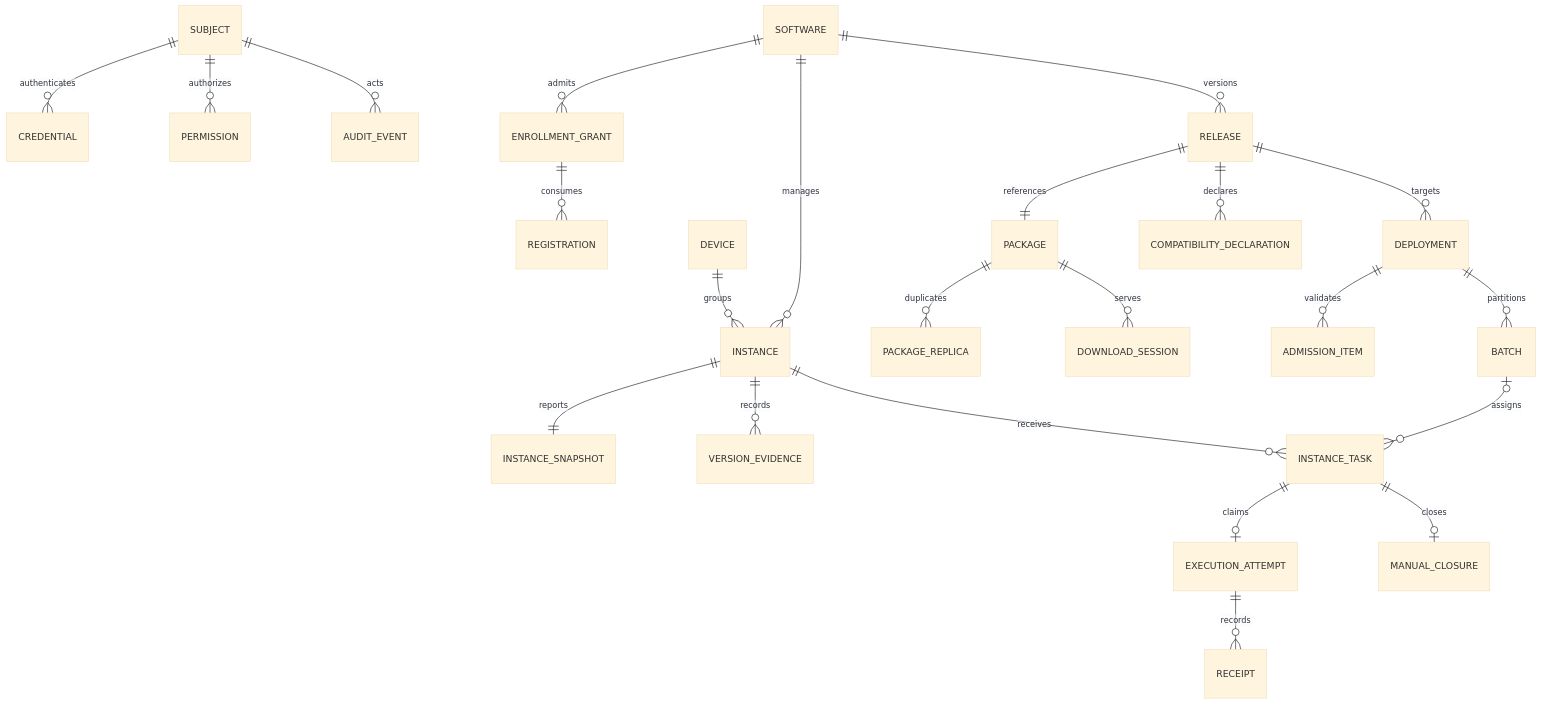
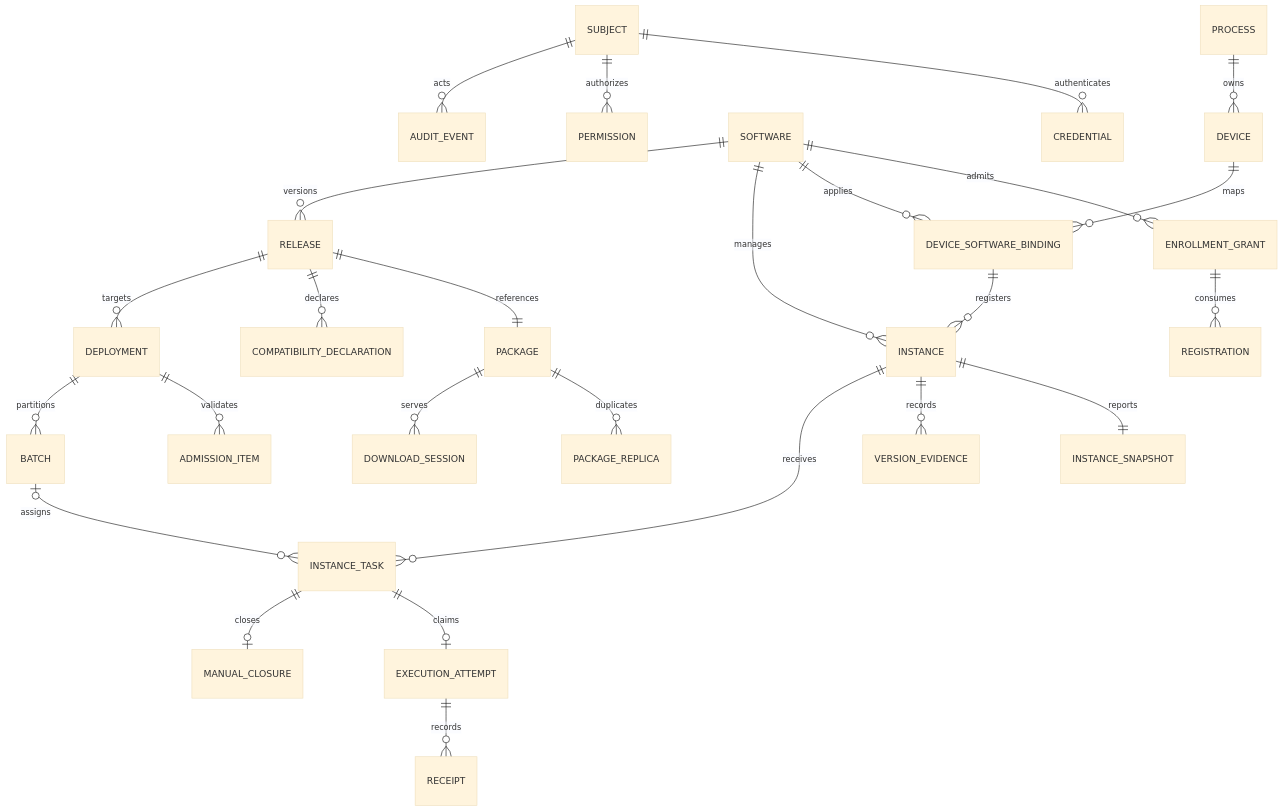
Before and after one commit to ShuJinHao/SoftwareVersionManagement: the first of 9 diagrams in docs/详细设计.md, drawn with Mermaid (base theme). The commit also changed other lines of this file and 71 other files, not shown here.

````diff
--- a/docs/详细设计.md
+++ b/docs/详细设计.md
@@ -37,25 +39,28 @@
 ```mermaid
 erDiagram
     SUBJECT ||--o{ CREDENTIAL : authenticates
     SUBJECT ||--o{ PERMISSION : authorizes
     SOFTWARE ||--o{ ENROLLMENT_GRANT : admits
     ENROLLMENT_GRANT ||--o{ REGISTRATION : consumes
-    DEVICE ||--o{ INSTANCE : groups
+    PROCESS ||--o{ DEVICE : owns
+    DEVICE ||--o{ DEVICE_SOFTWARE_BINDING : maps
+    SOFTWARE ||--o{ DEVICE_SOFTWARE_BINDING : applies
+    DEVICE_SOFTWARE_BINDING ||--o{ INSTANCE : registers
     SOFTWARE ||--o{ INSTANCE : manages
     INSTANCE ||--|| INSTANCE_SNAPSHOT : reports
     INSTANCE ||--o{ VERSION_EVIDENCE : records
     SOFTWARE ||--o{ RELEASE : versions
     RELEASE ||--|| PACKAGE : references
     PACKAGE ||--o{ PACKAGE_REPLICA : duplicates
     RELEASE ||--o{ COMPATIBILITY_DECLARATION : declares
     RELEASE ||--o{ DEPLOYMENT : targets
     DEPLOYMENT ||--o{ ADMISSION_ITEM : validates
     DEPLOYMENT ||--o{ BATCH : partitions
     BATCH o|--o{ INSTANCE_TASK : assigns
     INSTANCE ||--o{ INSTANCE_TASK : receives
     INSTANCE_TASK ||--o| EXECUTION_ATTEMPT : claims
     EXECUTION_ATTEMPT ||--o{ RECEIPT : records
     INSTANCE_TASK ||--o| MANUAL_CLOSURE : closes
     PACKAGE ||--o{ DOWNLOAD_SESSION : serves
     SUBJECT ||--o{ AUDIT_EVENT : acts
 ```
````
